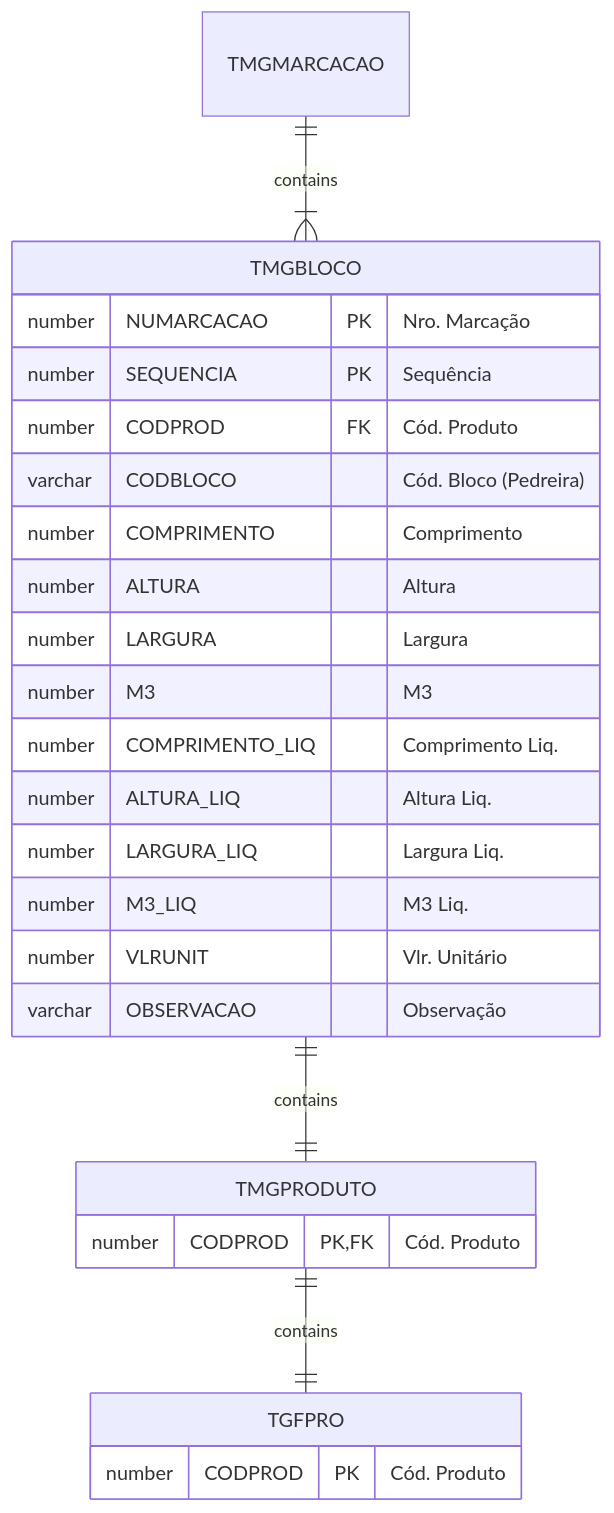
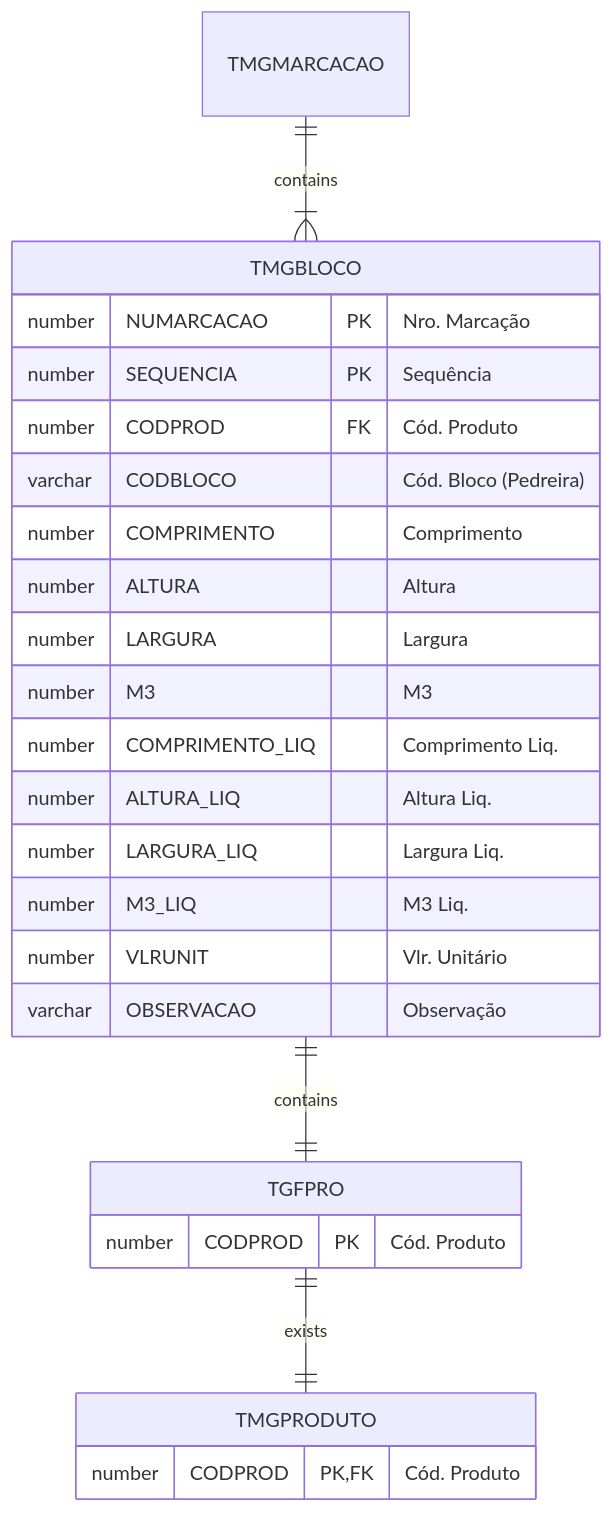
The first of 2 diagrams in docs/_database/TMGBLOCO.md (cbmsoft/margrandocs), drawn with Mermaid before and after one commit.

Commit message:
docs: fix order

````diff
--- a/docs/_database/TMGBLOCO.md
+++ b/docs/_database/TMGBLOCO.md
@@ -27,29 +27,29 @@
 ```mermaid
 erDiagram
     TMGMARCACAO ||--|{ TMGBLOCO : contains
-    TMGBLOCO ||--|| TMGPRODUTO : contains
-    TMGPRODUTO ||--|| TGFPRO : contains
+    TMGBLOCO ||--|| TGFPRO : contains
+    TGFPRO ||--|| TMGPRODUTO : exists
 
     TMGBLOCO {
         number NUMARCACAO PK "Nro. Marcação"
         number SEQUENCIA PK "Sequência"
         number CODPROD FK "Cód. Produto"
         varchar CODBLOCO "Cód. Bloco (Pedreira)"
         number COMPRIMENTO "Comprimento"
         number ALTURA "Altura"
         number LARGURA "Largura"
         number M3 "M3"
         number COMPRIMENTO_LIQ "Comprimento Liq."
         number ALTURA_LIQ "Altura Liq."
         number LARGURA_LIQ "Largura Liq."
         number M3_LIQ "M3 Liq."
         number VLRUNIT "Vlr. Unitário"
         varchar OBSERVACAO "Observação"
     }
     TMGPRODUTO {
         number CODPROD PK,FK "Cód. Produto"
     }
     TGFPRO {
         number CODPROD PK "Cód. Produto"
     }
 ```
````
